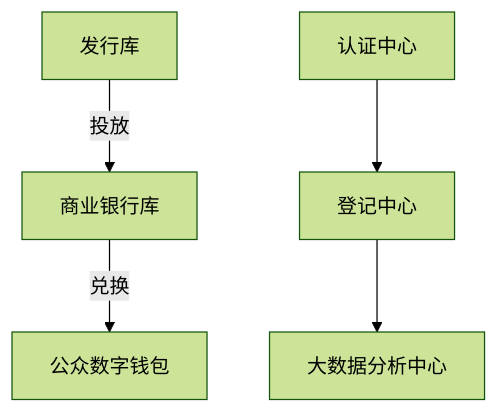
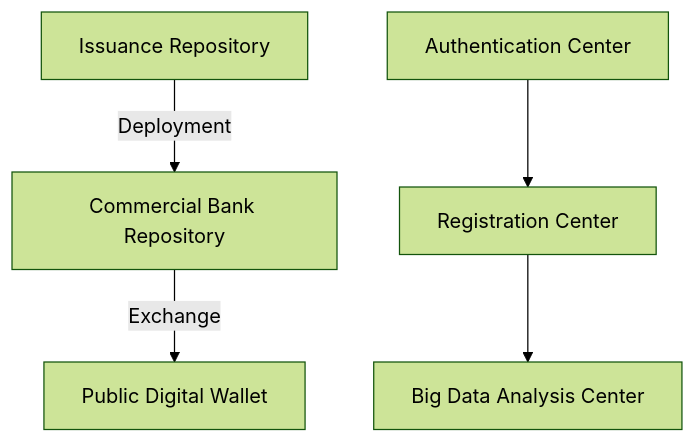
One commit to liweinan/deepseek-answers changed the third of 6 diagrams in files/rmb.md. Above: the diagram before and after it, drawn with Mermaid (forest theme). The commit also changed other lines of this file and 13 other files, not shown here.

````diff
--- a/files/rmb.md
+++ b/files/rmb.md
@@ -117,7 +117,7 @@
       ```mermaid
       graph TB
-        A[发行库] -->|投放| B[商业银行库]
-        B -->|兑换| C[公众数字钱包]
-        D[认证中心] --> E[登记中心]
-        E --> F[大数据分析中心]
+        A[Issuance Repository] -->|Deployment| B[Commercial Bank Repository]
+        B -->|Exchange| C[Public Digital Wallet]
+        D[Authentication Center] --> E[Registration Center]
+        E --> F[Big Data Analysis Center]
       ```
````
